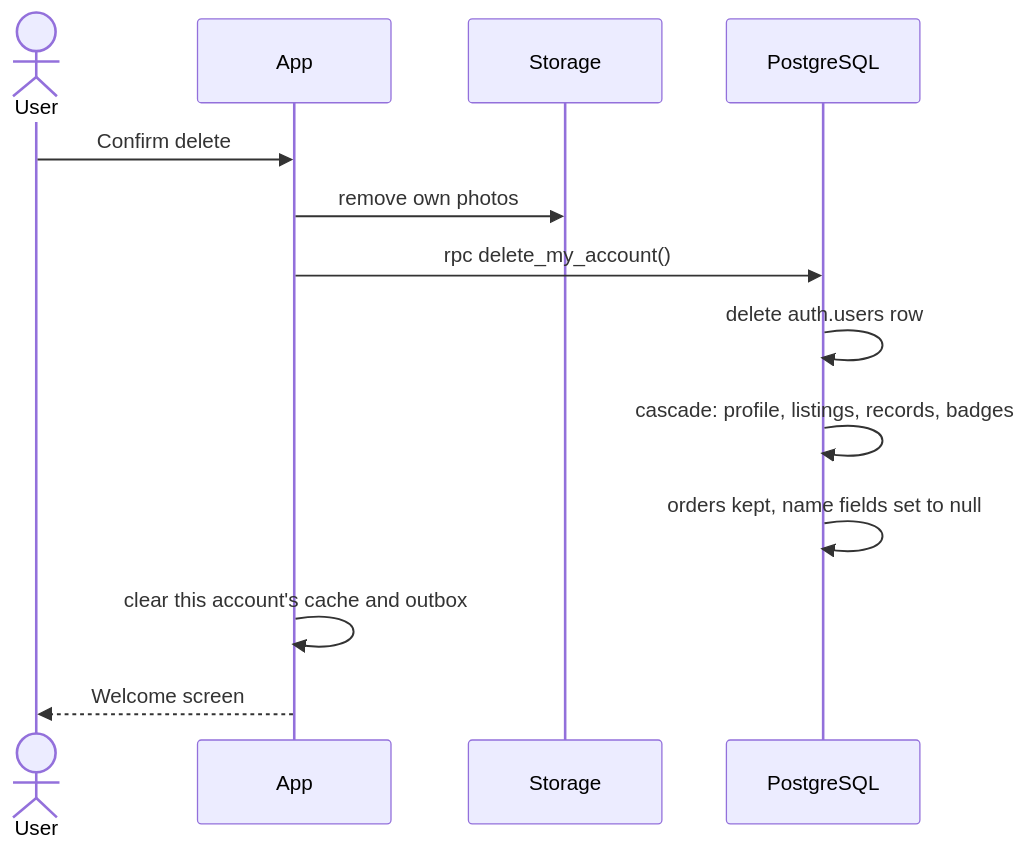
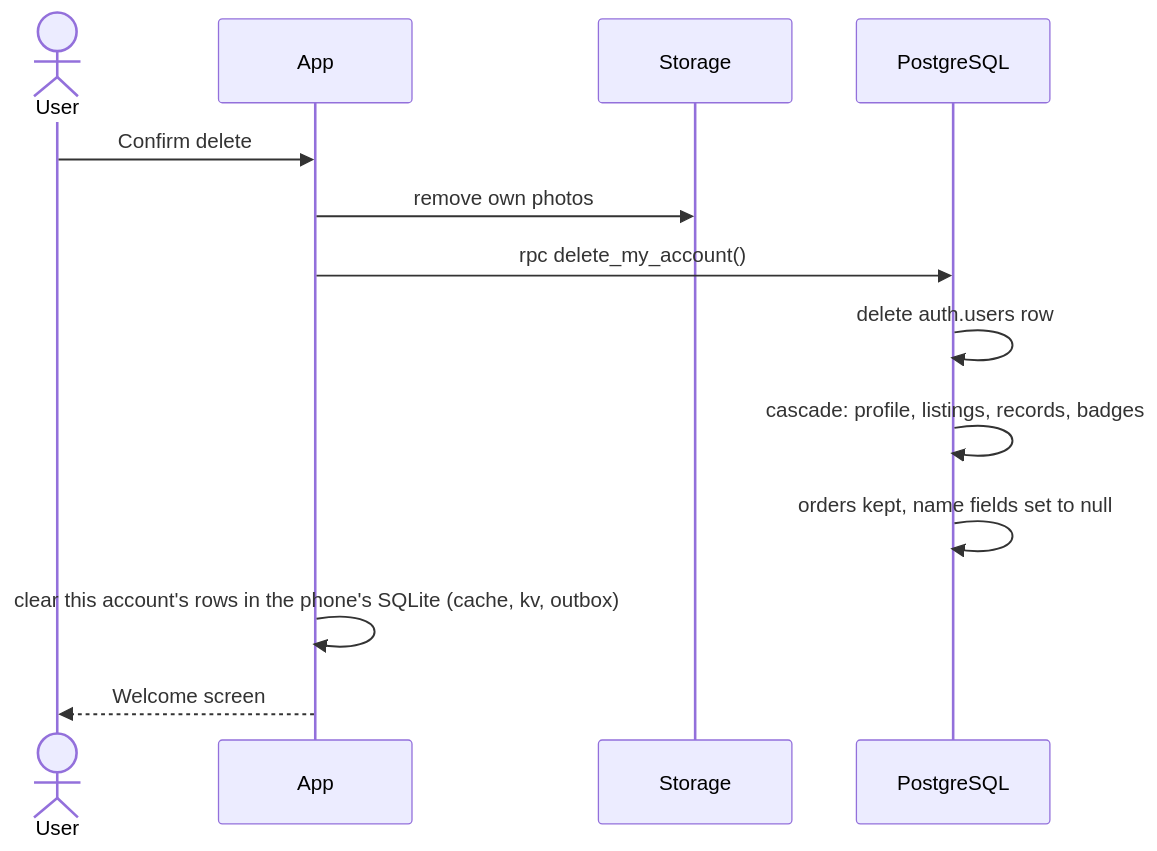
One commit to yslruzly/AniSense changed the tenth of 11 diagrams in docs/architecture.md. Above: the diagram before and after it, drawn with Mermaid. The commit also changed other lines of this file and 2 other files, not shown here.

Commit message:
Docs: SQLite offline design, opening without signal, orders and ratings live, featured farmers, nationwide sign-up, tab memory

````diff
--- a/docs/architecture.md
+++ b/docs/architecture.md
@@ -388,16 +426,16 @@
 ```mermaid
 sequenceDiagram
   actor U as User
   participant A as App
   participant St as Storage
   participant DB as PostgreSQL
 
   U->>A: Confirm delete
   A->>St: remove own photos
   A->>DB: rpc delete_my_account()
   DB->>DB: delete auth.users row
   DB->>DB: cascade: profile, listings, records, badges
   DB->>DB: orders kept, name fields set to null
-  A->>A: clear this account's cache and outbox
+  A->>A: clear this account's rows in the phone's SQLite (cache, kv, outbox)
   A-->>U: Welcome screen
 ```
````
